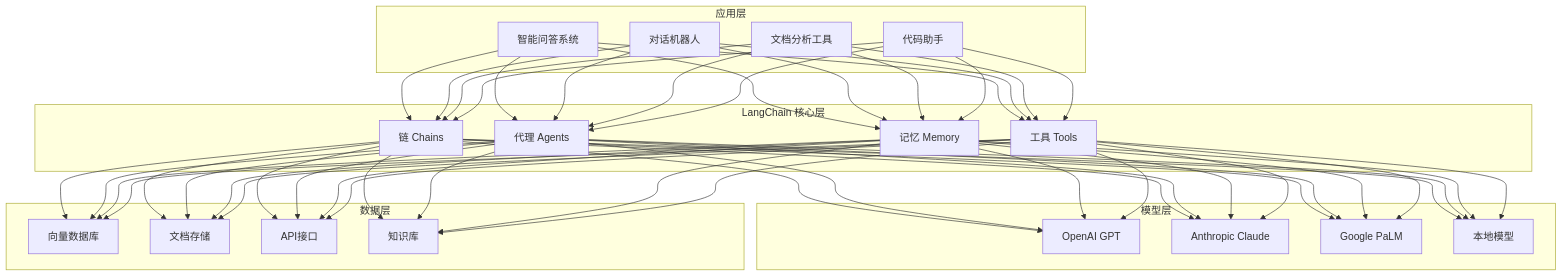
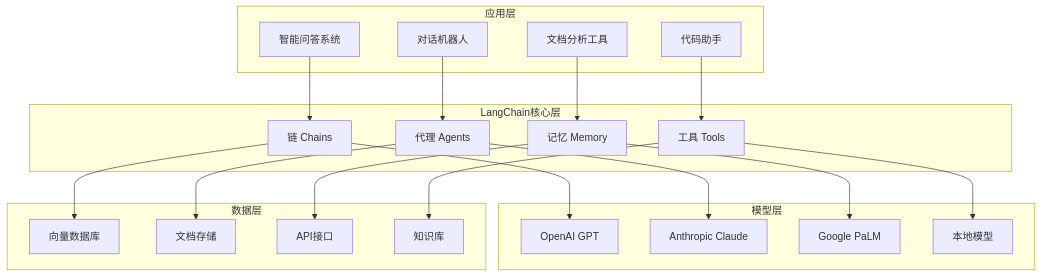
One commit to chicogong/chicogong.github.io changed the first of 9 diagrams in _posts/2024-12-28-langchain-llm-integration-guide.md. Above: the diagram before and after it, drawn with Mermaid. The commit also changed other lines of this file and 14 other files, not shown here.

First line of the commit message:
🔧 修复所有Mermaid图表语法错误

````diff
--- a/_posts/2024-12-28-langchain-llm-integration-guide.md
+++ b/_posts/2024-12-28-langchain-llm-integration-guide.md
@@ -34,34 +34,43 @@
 ```mermaid
 flowchart TB
     subgraph "应用层"
-        A1[智能问答系统]
-        A2[对话机器人]
-        A3[文档分析工具]
-        A4[代码助手]
+        A1["智能问答系统"]
+        A2["对话机器人"]
+        A3["文档分析工具"]
+        A4["代码助手"]
     end
     
-    subgraph "LangChain 核心层"
-        B1[链 Chains]
-        B2[代理 Agents]
-        B3[记忆 Memory]
-        B4[工具 Tools]
+    subgraph "LangChain核心层"
+        B1["链 Chains"]
+        B2["代理 Agents"]
+        B3["记忆 Memory"]
+        B4["工具 Tools"]
     end
     
     subgraph "模型层"
-        C1[OpenAI GPT]
-        C2[Anthropic Claude]
-        C3[Google PaLM]
-        C4[本地模型]
+        C1["OpenAI GPT"]
+        C2["Anthropic Claude"]
+        C3["Google PaLM"]
+        C4["本地模型"]
     end
     
     subgraph "数据层"
-        D1[向量数据库]
-        D2[文档存储]
-        D3[API接口]
-        D4[知识库]
+        D1["向量数据库"]
+        D2["文档存储"]
+        D3["API接口"]
+        D4["知识库"]
     end
     
-    A1 & A2 & A3 & A4 --> B1 & B2 & B3 & B4
-    B1 & B2 & B3 & B4 --> C1 & C2 & C3 & C4
-    B1 & B2 & B3 & B4 --> D1 & D2 & D3 & D4
+    A1 --> B1
+    A2 --> B2
+    A3 --> B3
+    A4 --> B4
+    B1 --> C1
+    B2 --> C2
+    B3 --> C3
+    B4 --> C4
+    B1 --> D1
+    B2 --> D2
+    B3 --> D3
+    B4 --> D4
 ```
````
